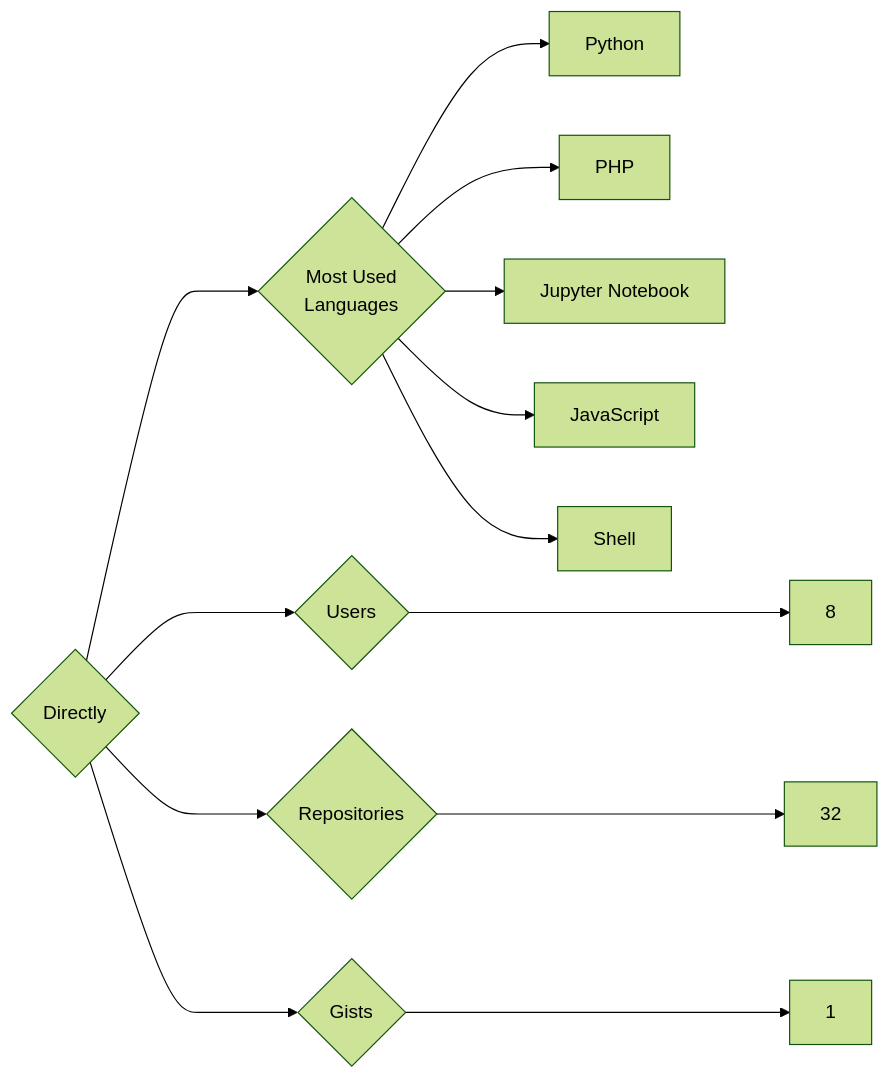
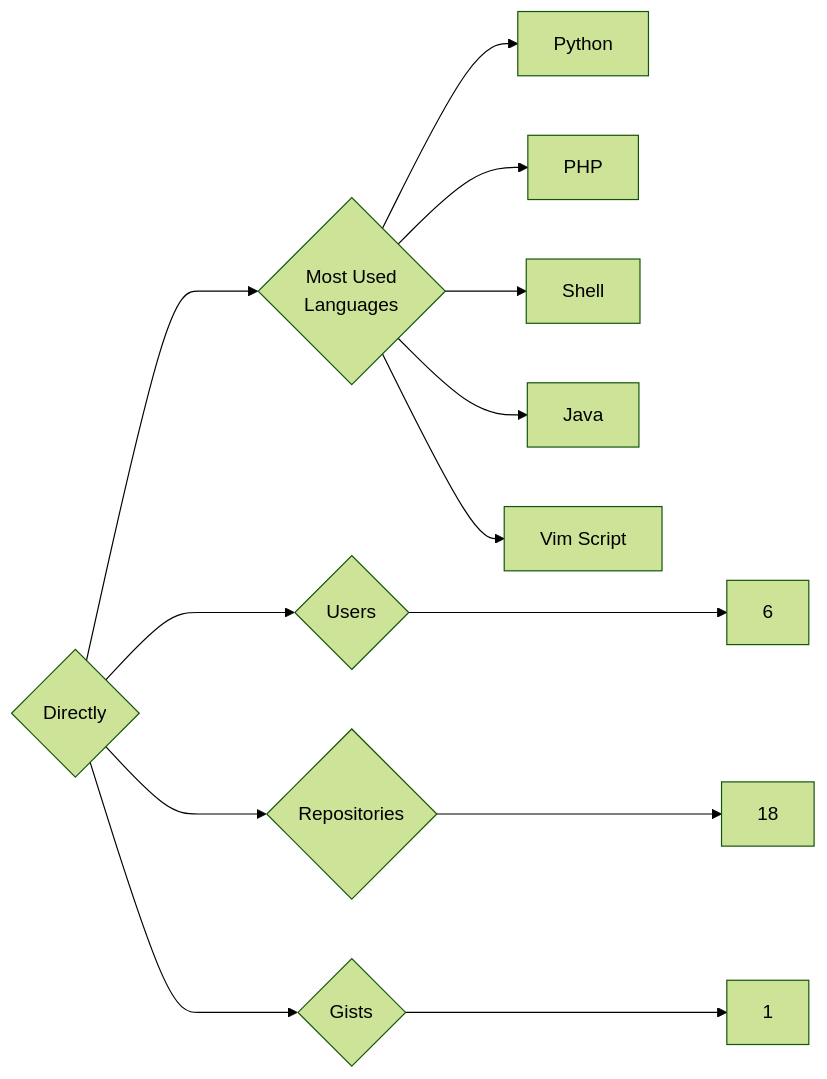
The diagram in targets/Directly/README.md (trickest/insiders), drawn with Mermaid (forest theme) before and after one commit. The commit also changed 1055 other files, not shown here.

````diff
--- a/targets/Directly/README.md
+++ b/targets/Directly/README.md
@@ -3,13 +3,13 @@
 ```mermaid
 graph LR
 COMPANY_NAME{Directly}
-COMPANY_NAME ---> U{Users} ---> UN[8]
-COMPANY_NAME ---> R{Repositories} ---> RN[32]
+COMPANY_NAME ---> U{Users} ---> UN[6]
+COMPANY_NAME ---> R{Repositories} ---> RN[18]
 COMPANY_NAME ---> G{Gists} ---> GN[1]
 COMPANY_NAME ---> ML{Most Used<br>Languages}
 ML --> Python[Python]
 ML --> PHP[PHP]
-ML --> Jupyter_Notebook[Jupyter Notebook]
-ML --> JavaScript[JavaScript]
 ML --> Shell[Shell]
+ML --> Java[Java]
+ML --> Vim_Script[Vim Script]
 ```
````
